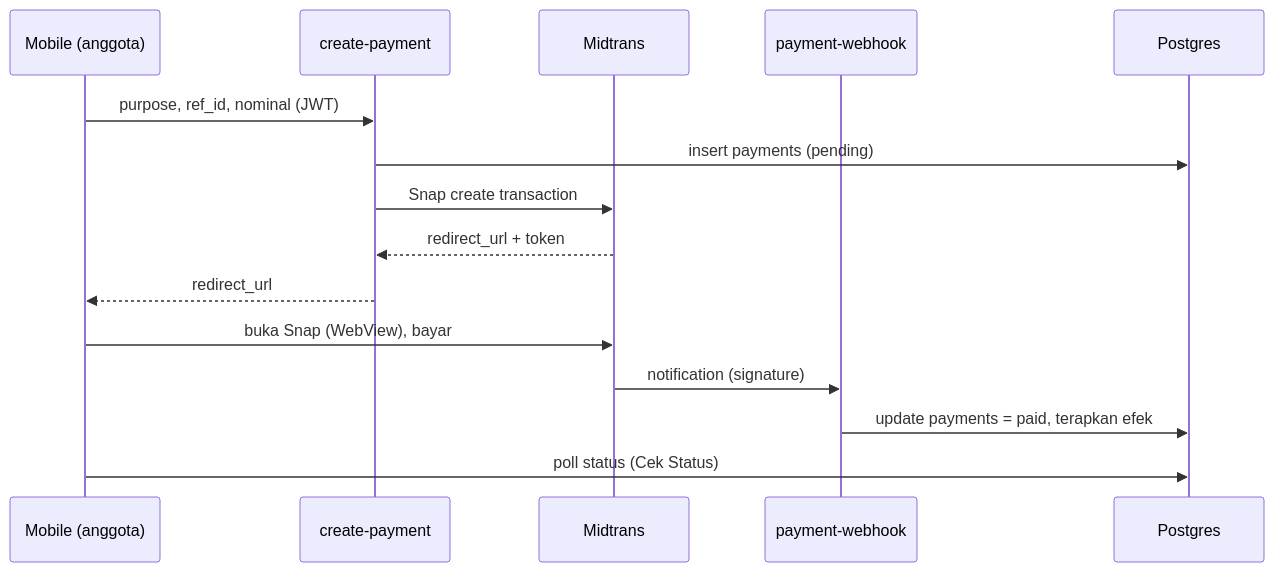
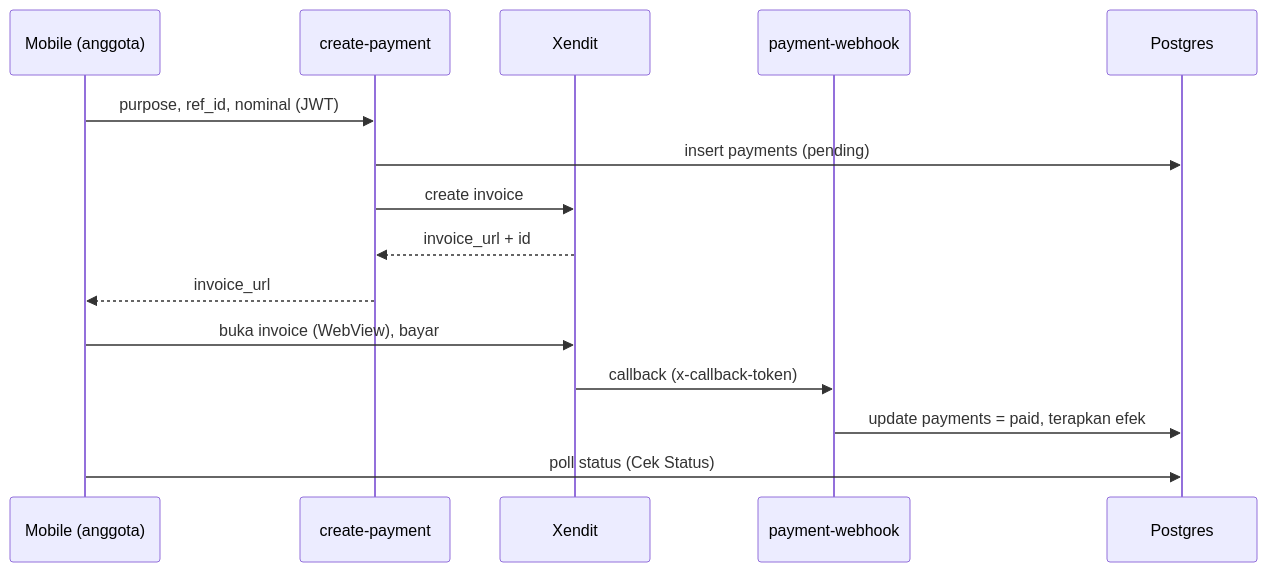
The first of 2 diagrams in docs/SETUP.md (mraffiramdhani/koperasi-simpan-pinjam), drawn with Mermaid before and after one commit. The commit also changed other lines of this file and 94 other files, not shown here.

First line of the commit message:
refactor: update payment integration from Midtrans to Xendit, add disbursement functionality, and enhance member management features

````diff
--- a/docs/SETUP.md
+++ b/docs/SETUP.md
@@ -97,18 +101,18 @@
 ```mermaid
 sequenceDiagram
   participant M as Mobile (anggota)
   participant CP as create-payment
-  participant MT as Midtrans
+  participant XD as Xendit
   participant WH as payment-webhook
   participant DB as Postgres
 
   M->>CP: purpose, ref_id, nominal (JWT)
   CP->>DB: insert payments (pending)
-  CP->>MT: Snap create transaction
-  MT-->>CP: redirect_url + token
-  CP-->>M: redirect_url
-  M->>MT: buka Snap (WebView), bayar
-  MT->>WH: notification (signature)
+  CP->>XD: create invoice
+  XD-->>CP: invoice_url + id
+  CP-->>M: invoice_url
+  M->>XD: buka invoice (WebView), bayar
+  XD->>WH: callback (x-callback-token)
   WH->>DB: update payments = paid, terapkan efek
   M->>DB: poll status (Cek Status)
 ```
````
